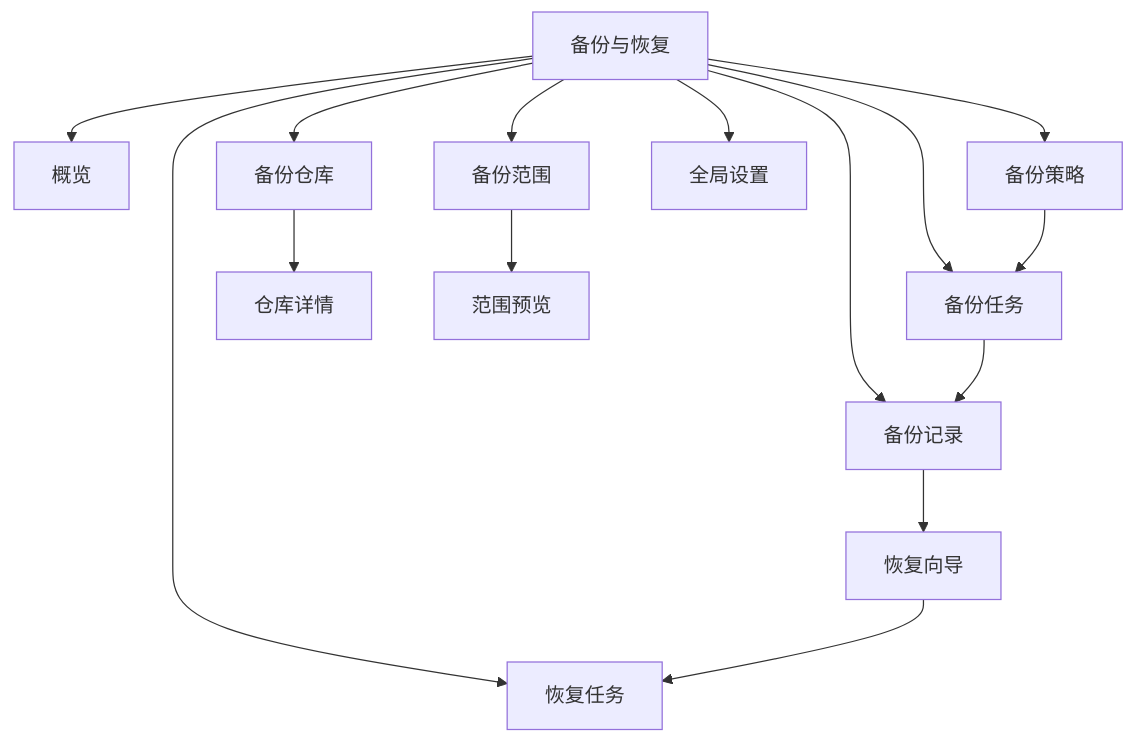
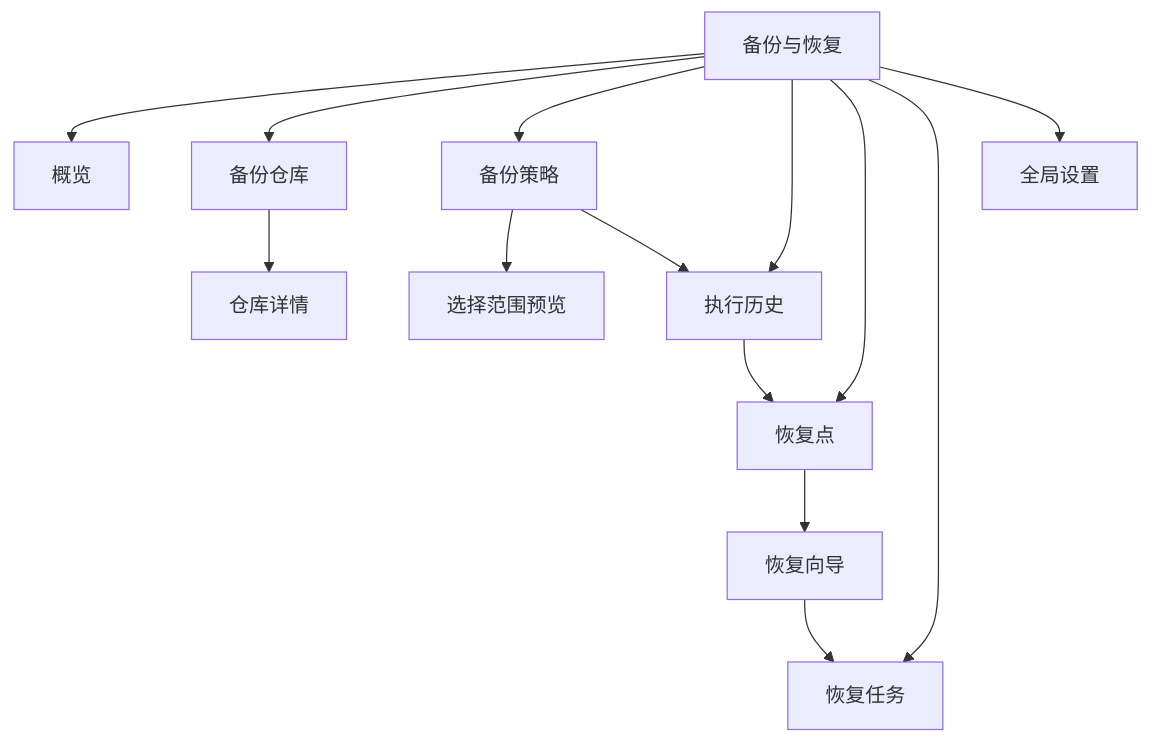
One commit to 544129603/backup-restore changed the first of 2 diagrams in docs/backup-restore/02-产品功能与页面设计.md. Above: the diagram before and after it, drawn with Mermaid. The commit also changed other lines of this file and 11 other files, not shown here.

````diff
--- a/docs/backup-restore/02-产品功能与页面设计.md
+++ b/docs/backup-restore/02-产品功能与页面设计.md
@@ -7,17 +7,16 @@
 ```mermaid
 flowchart TD
   BR["备份与恢复"] --> O["概览"]
   BR --> R["备份仓库"]
-  BR --> S["备份范围"]
   BR --> P["备份策略"]
-  BR --> T["备份任务"]
-  BR --> B["备份记录"]
+  BR --> T["执行历史"]
+  BR --> B["恢复点"]
   BR --> RT["恢复任务"]
   BR --> G["全局设置"]
   R --> RD["仓库详情"]
-  S --> SP["范围预览"]
+  P --> SP["选择范围预览"]
   P --> T
   T --> B
   B --> W["恢复向导"]
   W --> RT
 ```
````
